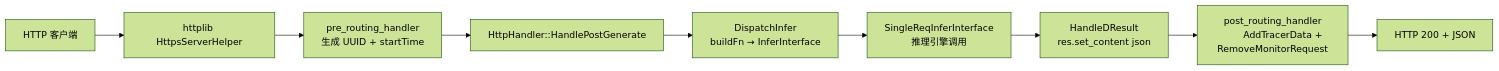
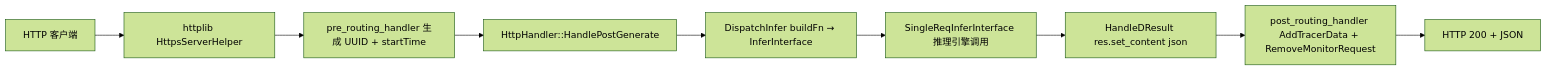
Before and after one commit to Lyr-GW/interview-docs: the third of 4 diagrams in docs/topics/http-server.md, drawn with Mermaid (forest theme). The commit also changed other lines of this file and 6 other files, not shown here.

Commit message:
fix: collapse multiline mermaid labels to single line

````diff
--- a/docs/topics/http-server.md
+++ b/docs/topics/http-server.md
@@ -139,16 +126,11 @@
 ```mermaid
 flowchart LR
     Client[HTTP 客户端] --> HL[httplib HttpsServerHelper]
-    HL --> Pre[pre_routing_handler
-        生成 UUID + startTime]
+    HL --> Pre[pre_routing_handler 生成 UUID + startTime]
     Pre --> HH[HttpHandler::HandlePostGenerate]
-    HH --> DI[DispatchInfer
-        buildFn → InferInterface]
-    DI --> SRI[SingleReqInferInterface
-        推理引擎调用]
-    SRI --> HDR[HandleDResult
-        res.set_content json]
-    HDR --> Post[post_routing_handler
-        AddTracerData + RemoveMonitorRequest]
+    HH --> DI[DispatchInfer buildFn → InferInterface]
+    DI --> SRI[SingleReqInferInterface 推理引擎调用]
+    SRI --> HDR[HandleDResult res.set_content json]
+    HDR --> Post[post_routing_handler AddTracerData + RemoveMonitorRequest]
     Post --> Client2[HTTP 200 + JSON]
 ```
````
